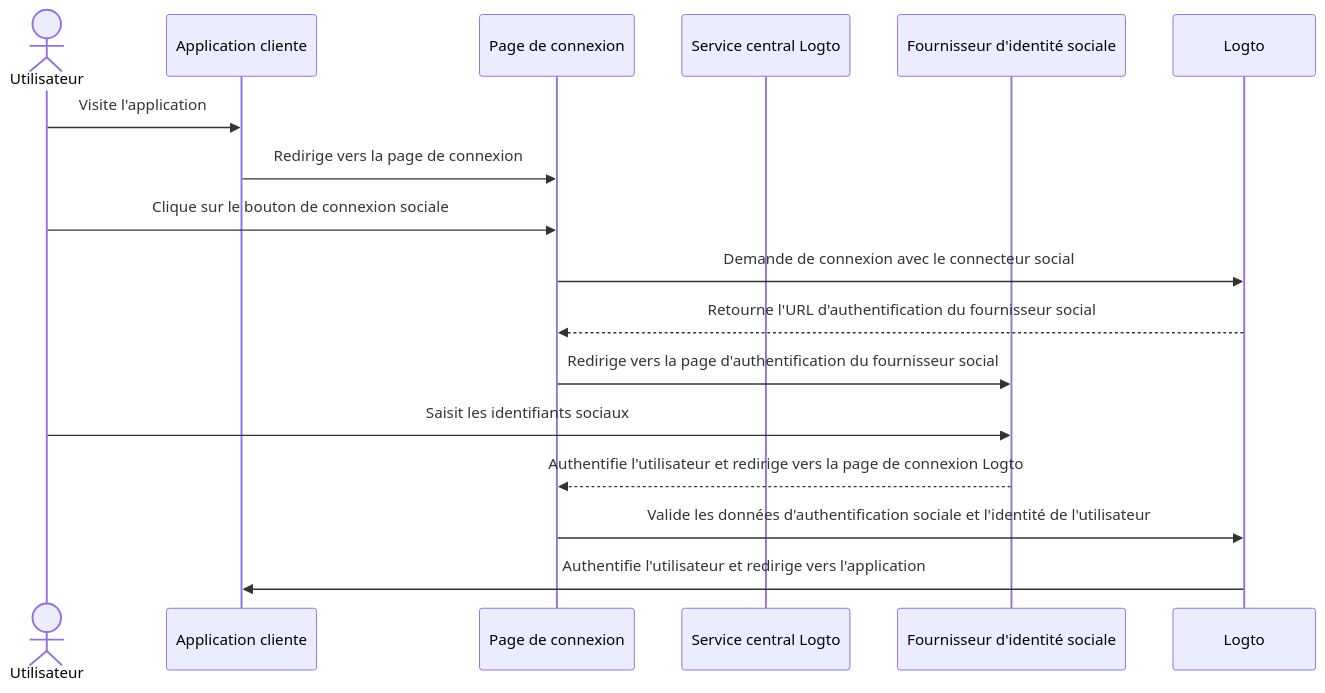
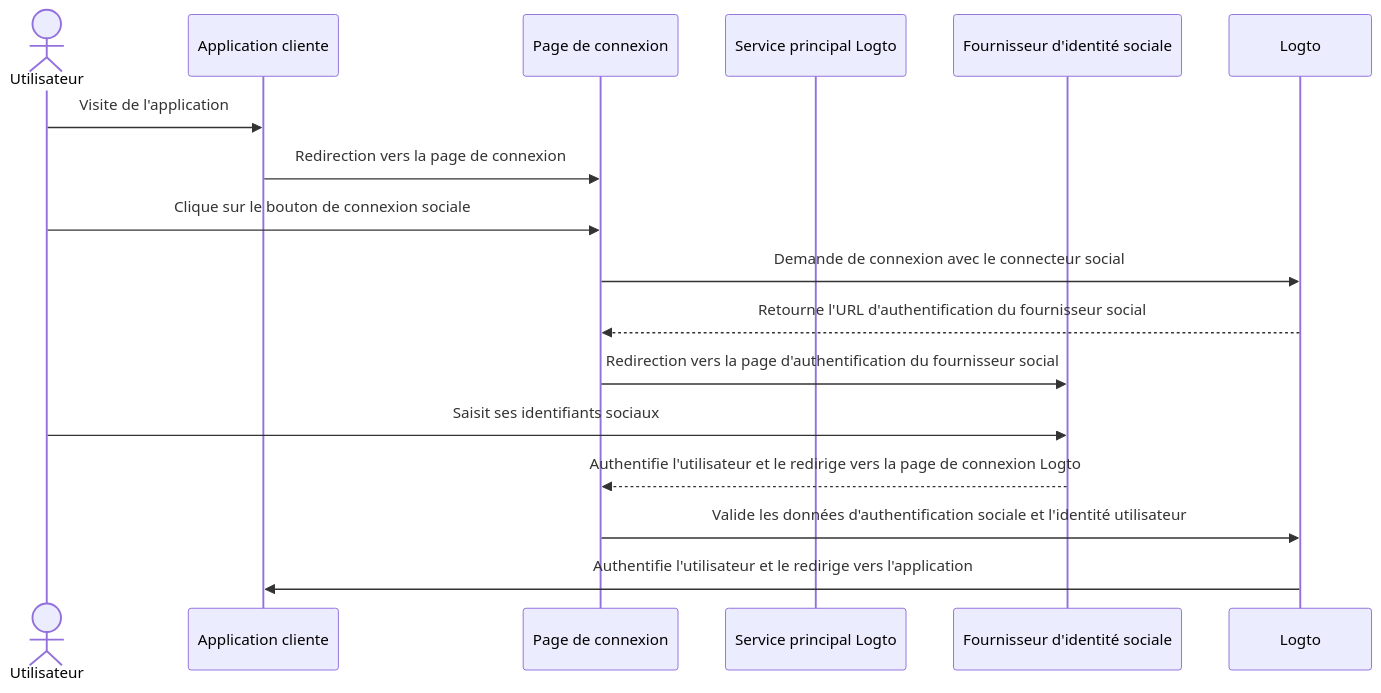
Before and after one commit to logto-io/docs: the first of 6 diagrams in i18n/fr/docusaurus-plugin-content-docs/current/end-user-flows/sign-up-and-sign-in/social-sign-in.mdx, drawn with Mermaid. The commit also changed other lines of this file and 59 other files, not shown here.

````diff
--- a/i18n/fr/docusaurus-plugin-content-docs/current/end-user-flows/sign-up-and-sign-in/social-sign-in.mdx
+++ b/i18n/fr/docusaurus-plugin-content-docs/current/end-user-flows/sign-up-and-sign-in/social-sign-in.mdx
@@ -36,19 +36,19 @@
 ```mermaid
 sequenceDiagram
     actor user as Utilisateur
     participant app as Application cliente
     participant experience as Page de connexion
-    participant logto as Service central Logto
+    participant logto as Service principal Logto
     participant social as Fournisseur d'identité sociale
 
-    user->>app: Visite l'application
-    app->>experience: Redirige vers la page de connexion
+    user->>app: Visite de l'application
+    app->>experience: Redirection vers la page de connexion
     user->>experience: Clique sur le bouton de connexion sociale
     experience->>Logto: Demande de connexion avec le connecteur social
     Logto-->>experience: Retourne l'URL d'authentification du fournisseur social
-    experience->>social: Redirige vers la page d'authentification du fournisseur social
-    user->>social: Saisit les identifiants sociaux
-    social-->>experience: Authentifie l'utilisateur et redirige vers la page de connexion Logto
-    experience->>Logto: Valide les données d'authentification sociale et l'identité de l'utilisateur
-    Logto->>app: Authentifie l'utilisateur et redirige vers l'application
+    experience->>social: Redirection vers la page d'authentification du fournisseur social
+    user->>social: Saisit ses identifiants sociaux
+    social-->>experience: Authentifie l'utilisateur et le redirige vers la page de connexion Logto
+    experience->>Logto: Valide les données d'authentification sociale et l'identité utilisateur
+    Logto->>app: Authentifie l'utilisateur et le redirige vers l'application
 ```
````
